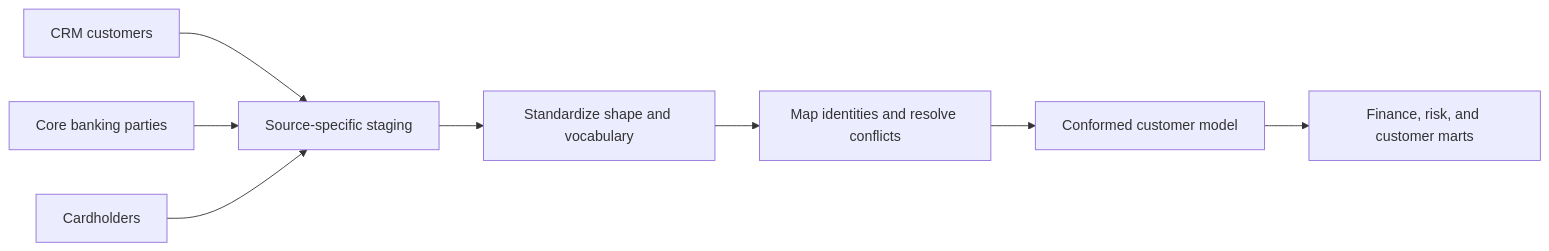
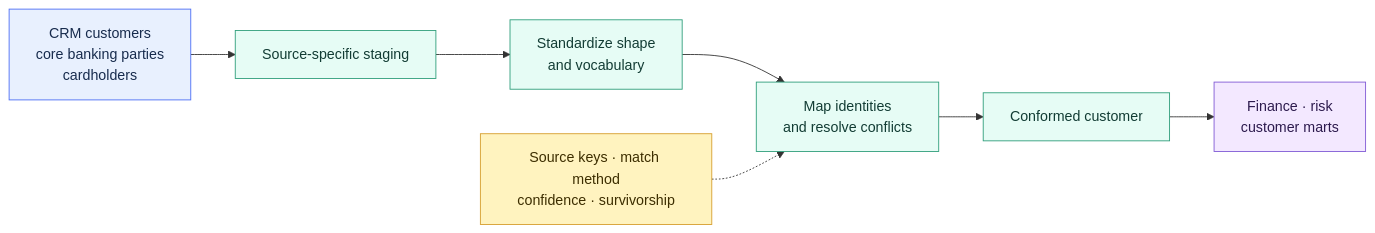
Before and after one commit to shonningsoy/Upskill: the diagram in 02 dbt/02 Modeling Patterns and Layering/18 Multi-source Conformed Models.md, drawn with Mermaid. The commit also changed other lines of this file and 31 other files, not shown here.

````diff
--- a/02 dbt/02 Modeling Patterns and Layering/18 Multi-source Conformed Models.md
+++ b/02 dbt/02 Modeling Patterns and Layering/18 Multi-source Conformed Models.md
@@ -65,10 +66,21 @@
 ```mermaid
 flowchart LR
-    A["CRM customers"] --> D["Source-specific staging"]
-    B["Core banking parties"] --> D
-    C["Cardholders"] --> D
-    D --> E["Standardize shape and vocabulary"]
-    E --> F["Map identities and resolve conflicts"]
-    F --> G["Conformed customer model"]
-    G --> H["Finance, risk, and customer marts"]
+    SOURCES["CRM customers<br/>core banking parties<br/>cardholders"] --> STG["Source-specific staging"]
+    STG --> STANDARD["Standardize shape<br/>and vocabulary"]
+    STANDARD --> RESOLVE["Map identities<br/>and resolve conflicts"]
+    RESOLVE --> CONFORMED["Conformed customer"]
+    CONFORMED --> MARTS["Finance · risk<br/>customer marts"]
+
+    TRACE["Source keys · match method<br/>confidence · survivorship"] -.-> RESOLVE
+
+    classDef input fill:#E8F0FE,stroke:#4C6EF5,color:#172B4D
+    classDef control fill:#FFF3BF,stroke:#D69E2E,color:#3D2E00
+    classDef dbt fill:#E6FCF5,stroke:#2F9E7B,color:#123C34
+    classDef platform fill:#F1F3F5,stroke:#868E96,color:#212529
+    classDef output fill:#F3E8FF,stroke:#805AD5,color:#2D1B4E
+
+    class SOURCES input
+    class STG,STANDARD,RESOLVE,CONFORMED dbt
+    class TRACE control
+    class MARTS output
 ```
````
